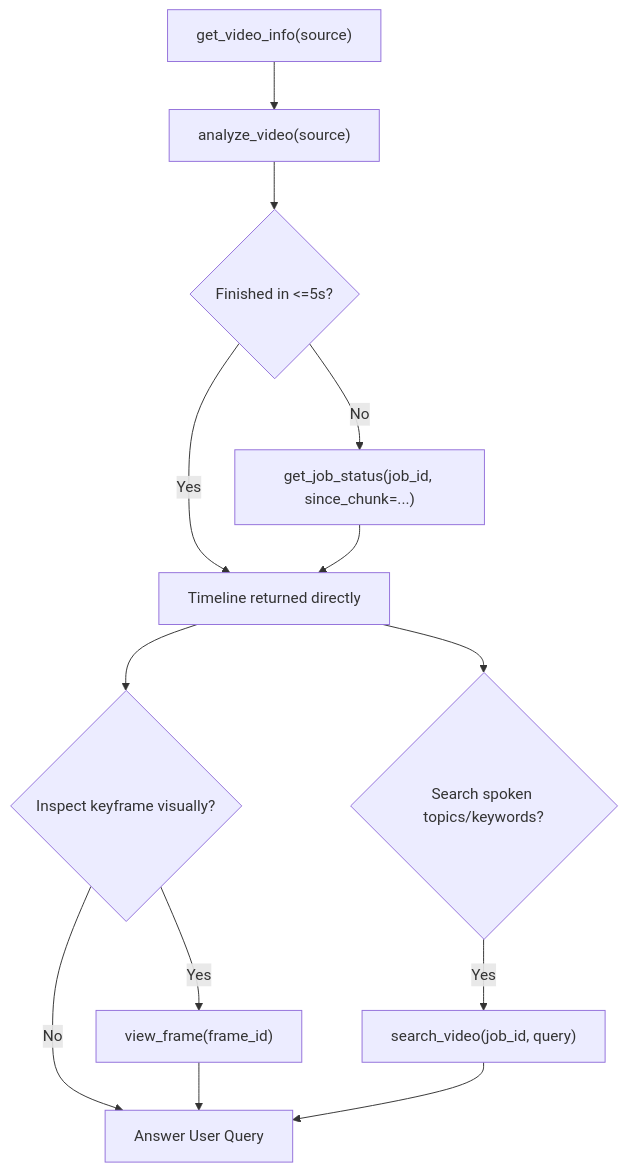
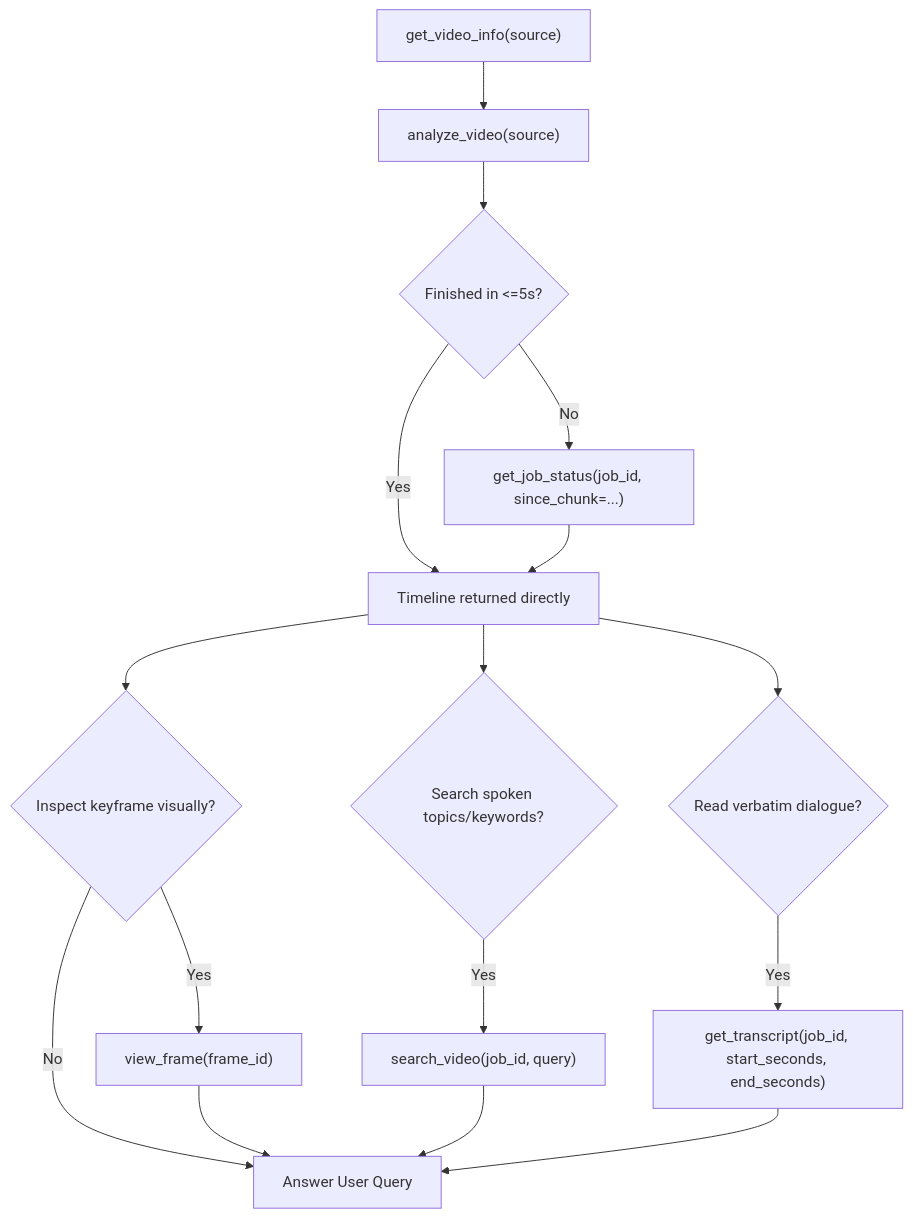
One commit to DrowsyTM/vidscope changed the second of 2 diagrams in README.md. Above: the diagram before and after it, drawn with Mermaid. The commit also changed other lines of this file and 3 other files, not shown here.

Commit message:
feat(mcp): add get_transcript tool for bounded timestamped dialogue retrieval

````diff
--- a/README.md
+++ b/README.md
@@ -193,15 +194,18 @@
 ```mermaid
 flowchart TD
     A["get_video_info(source)"] --> B["analyze_video(source)"]
     B --> C{"Finished in <=5s?"}
     C -- Yes --> D["Timeline returned directly"]
     C -- No --> E["get_job_status(job_id, since_chunk=...)"]
     E --> D
     D --> F{"Inspect keyframe visually?"}
     F -- Yes --> G["view_frame(frame_id)"]
     F -- No --> H["Answer User Query"]
     G --> H
     D --> I{"Search spoken topics/keywords?"}
     I -- Yes --> J["search_video(job_id, query)"]
     J --> H
+    D --> K{"Read verbatim dialogue?"}
+    K -- Yes --> L["get_transcript(job_id, start_seconds, end_seconds)"]
+    L --> H
 ```
````
